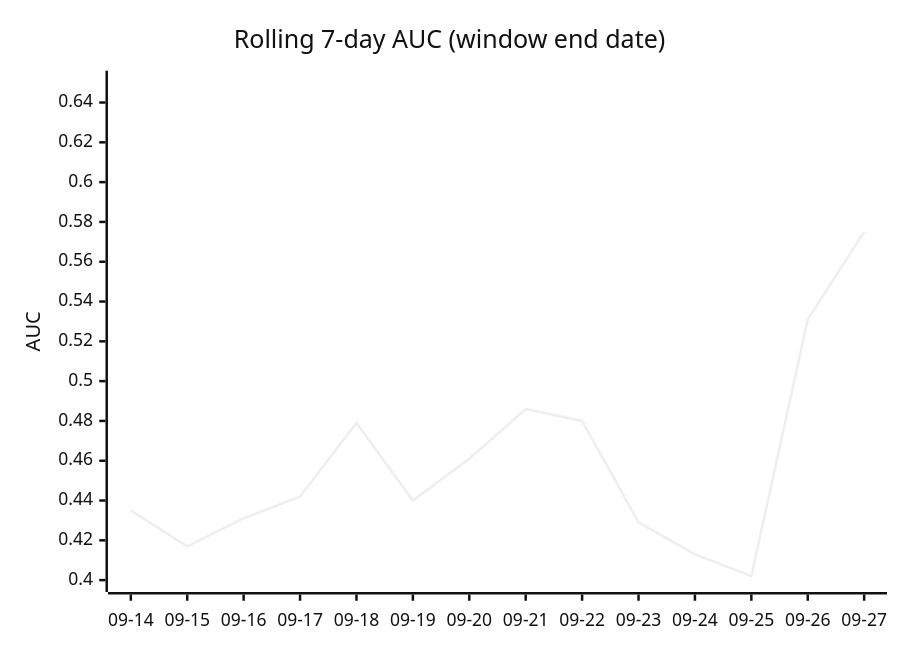
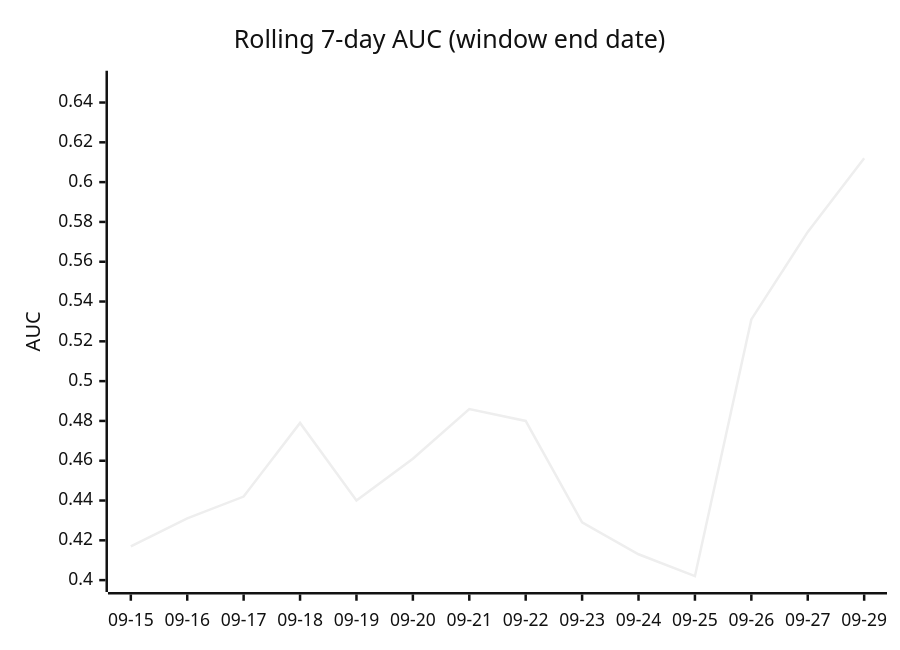
One commit to dpk1212/nhl-savant changed the third of 4 diagrams in DAILY_AGSU_REPORT.md. Above: the diagram before and after it, drawn with Mermaid (neutral theme). The commit also changed other lines of this file, not shown here.

````diff
--- a/DAILY_AGSU_REPORT.md
+++ b/DAILY_AGSU_REPORT.md
@@ -835,7 +837,7 @@
 ```mermaid
 xychart-beta
     title "Rolling 7-day AUC (window end date)"
-    x-axis ["09-14", "09-15", "09-16", "09-17", "09-18", "09-19", "09-20", "09-21", "09-22", "09-23", "09-24", "09-25", "09-26", "09-27"]
+    x-axis ["09-15", "09-16", "09-17", "09-18", "09-19", "09-20", "09-21", "09-22", "09-23", "09-24", "09-25", "09-26", "09-27", "09-29"]
     y-axis "AUC" 0.4 --> 0.65
-    line [0.435, 0.417, 0.431, 0.442, 0.479, 0.44, 0.461, 0.486, 0.48, 0.429, 0.413, 0.402, 0.531, 0.575]
+    line [0.417, 0.431, 0.442, 0.479, 0.44, 0.461, 0.486, 0.48, 0.429, 0.413, 0.402, 0.531, 0.575, 0.612]
 ```
````
